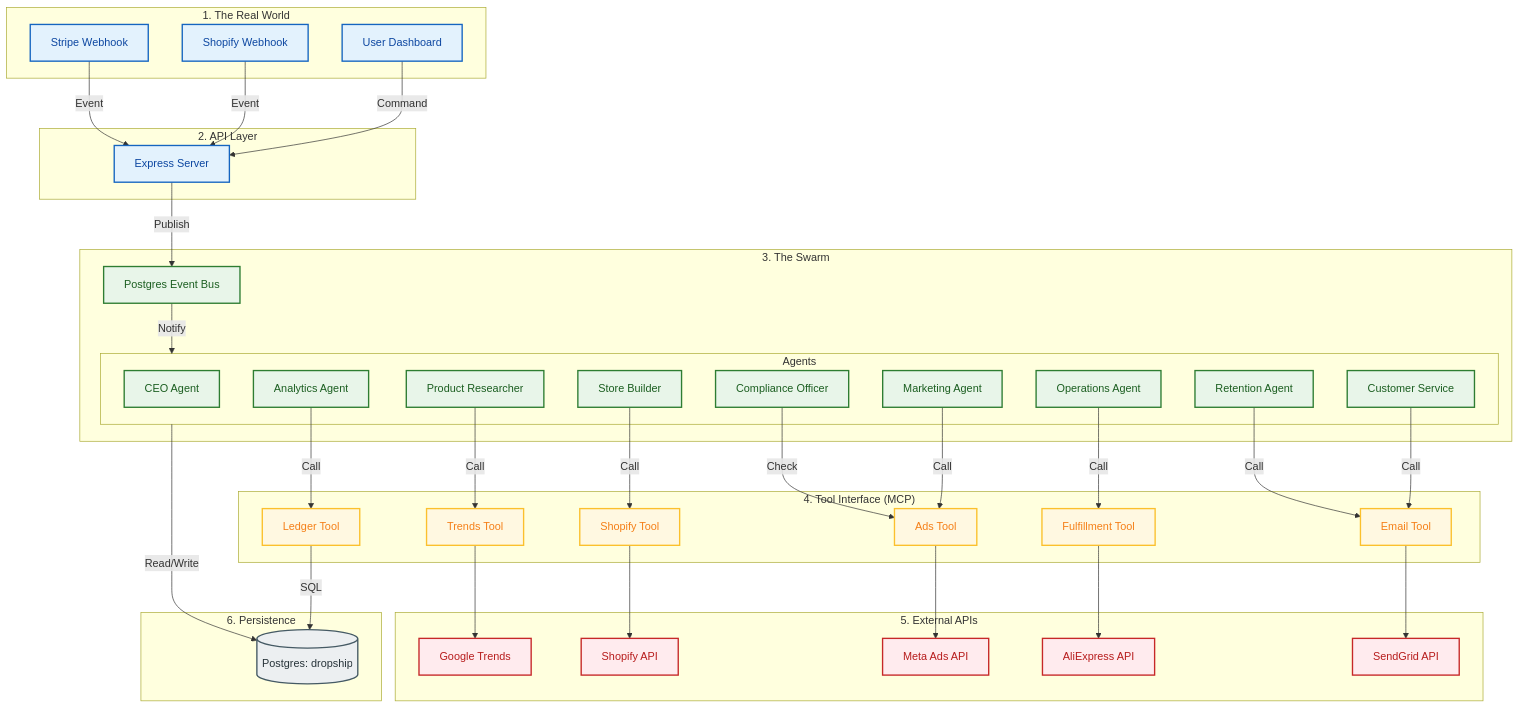
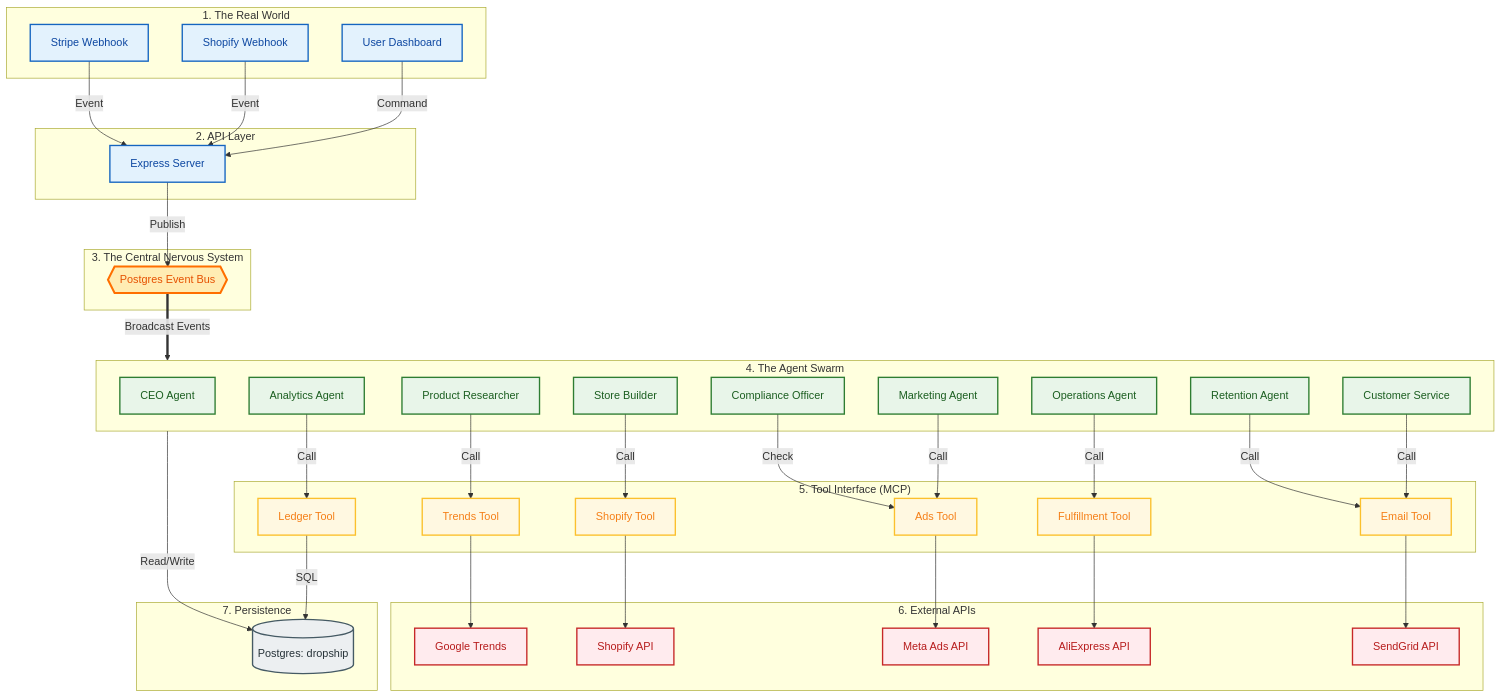
One commit to andylelli/ds1 changed the second of 2 diagrams in Documentation/Reference/ENVIRONMENT_SIMULATION_V_LIVE.md. Above: the diagram before and after it, drawn with Mermaid.

````diff
--- a/Documentation/Reference/ENVIRONMENT_SIMULATION_V_LIVE.md
+++ b/Documentation/Reference/ENVIRONMENT_SIMULATION_V_LIVE.md
@@ -108,7 +108,8 @@
 flowchart TD
   %% Styles
   classDef trigger fill:#e3f2fd,stroke:#1565c0,stroke-width:2px,color:#0d47a1;
-  classDef core fill:#e8f5e9,stroke:#2e7d32,stroke-width:2px,color:#1b5e20;
+  classDef hub fill:#ffecb3,stroke:#ff6f00,stroke-width:3px,color:#e65100;
+  classDef agent fill:#e8f5e9,stroke:#2e7d32,stroke-width:2px,color:#1b5e20;
   classDef mcp fill:#fff8e1,stroke:#fbc02d,stroke-width:2px,color:#f57f17;
   classDef external fill:#ffebee,stroke:#c62828,stroke-width:2px,color:#b71c1c;
   classDef db fill:#eceff1,stroke:#455a64,stroke-width:2px,color:#263238;
@@ -123,23 +124,23 @@
     Express[Express Server]:::trigger
   end
 
-  subgraph Core ["3. The Swarm"]
-    Bus[Postgres Event Bus]:::core
-    
-    subgraph Agents
-      CEO[CEO Agent]:::core
-      Analytics[Analytics Agent]:::core
-      Researcher[Product Researcher]:::core
-      Builder[Store Builder]:::core
-      Marketer[Marketing Agent]:::core
-      Ops[Operations Agent]:::core
-      CS[Customer Service]:::core
-      Retention[Retention Agent]:::core
-      Compliance[Compliance Officer]:::core
-    end
+  subgraph Central ["3. The Central Nervous System"]
+    Bus{{Postgres Event Bus}}:::hub
   end
 
-  subgraph MCP ["4. Tool Interface (MCP)"]
+  subgraph Swarm ["4. The Agent Swarm"]
+    CEO[CEO Agent]:::agent
+    Analytics[Analytics Agent]:::agent
+    Researcher[Product Researcher]:::agent
+    Builder[Store Builder]:::agent
+    Marketer[Marketing Agent]:::agent
+    Ops[Operations Agent]:::agent
+    CS[Customer Service]:::agent
+    Retention[Retention Agent]:::agent
+    Compliance[Compliance Officer]:::agent
+  end
+
+  subgraph MCP ["5. Tool Interface (MCP)"]
     TrendsTool[Trends Tool]:::mcp
     ShopTool[Shopify Tool]:::mcp
     AdsTool[Ads Tool]:::mcp
@@ -148,7 +149,7 @@
     LedgerTool[Ledger Tool]:::mcp
   end
 
-  subgraph External ["5. External APIs"]
+  subgraph External ["6. External APIs"]
     Google[Google Trends]:::external
     Shopify[Shopify API]:::external
     Meta[Meta Ads API]:::external
@@ -156,7 +157,7 @@
     SendGrid[SendGrid API]:::external
   end
 
-  subgraph Data ["6. Persistence"]
+  subgraph Data ["7. Persistence"]
     DB[(Postgres: dropship)]:::db
   end
 
@@ -165,7 +166,7 @@
   ShopHook -->|Event| Express
   StripeHook -->|Event| Express
   Express -->|Publish| Bus
-  Bus -->|Notify| Agents
+  Bus ==>|Broadcast Events| Swarm
 
   %% Agent -> Tool Connections
   Researcher -->|Call| TrendsTool
@@ -185,6 +186,6 @@
   EmailTool --> SendGrid
   
   %% Data
-  Agents -->|Read/Write| DB
+  Swarm -->|Read/Write| DB
   LedgerTool -->|SQL| DB
 ```
````
